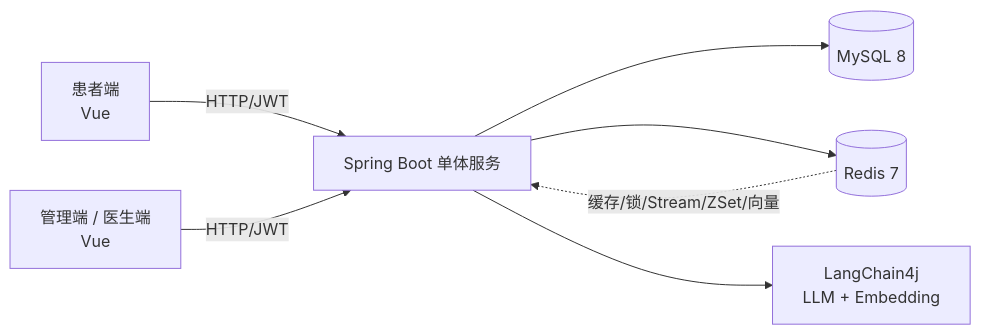
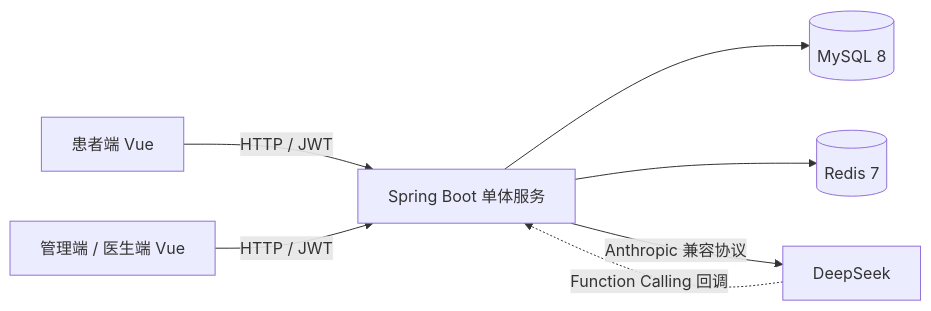
Before and after one commit to gui123-apci/hospital-registration-system: the diagram in README.md, drawn with Mermaid. The commit also changed other lines of this file and 6 other files, not shown here.

````diff
--- a/README.md
+++ b/README.md
@@ -27,9 +25,9 @@
 ```mermaid
 flowchart LR
-    U[患者端<br/>Vue] -->|HTTP/JWT| S[Spring Boot 单体服务]
-    A[管理端 / 医生端<br/>Vue] -->|HTTP/JWT| S
+    U[患者端 Vue] -->|HTTP / JWT| S[Spring Boot 单体服务]
+    A[管理端 / 医生端 Vue] -->|HTTP / JWT| S
     S --> M[(MySQL 8)]
     S --> R[(Redis 7)]
-    S --> L[LangChain4j<br/>LLM + Embedding]
-    R -.缓存/锁/Stream/ZSet/向量.-> S
+    S -->|Anthropic 兼容协议| D[DeepSeek]
+    D -. Function Calling 回调 .-> S
 ```
````
